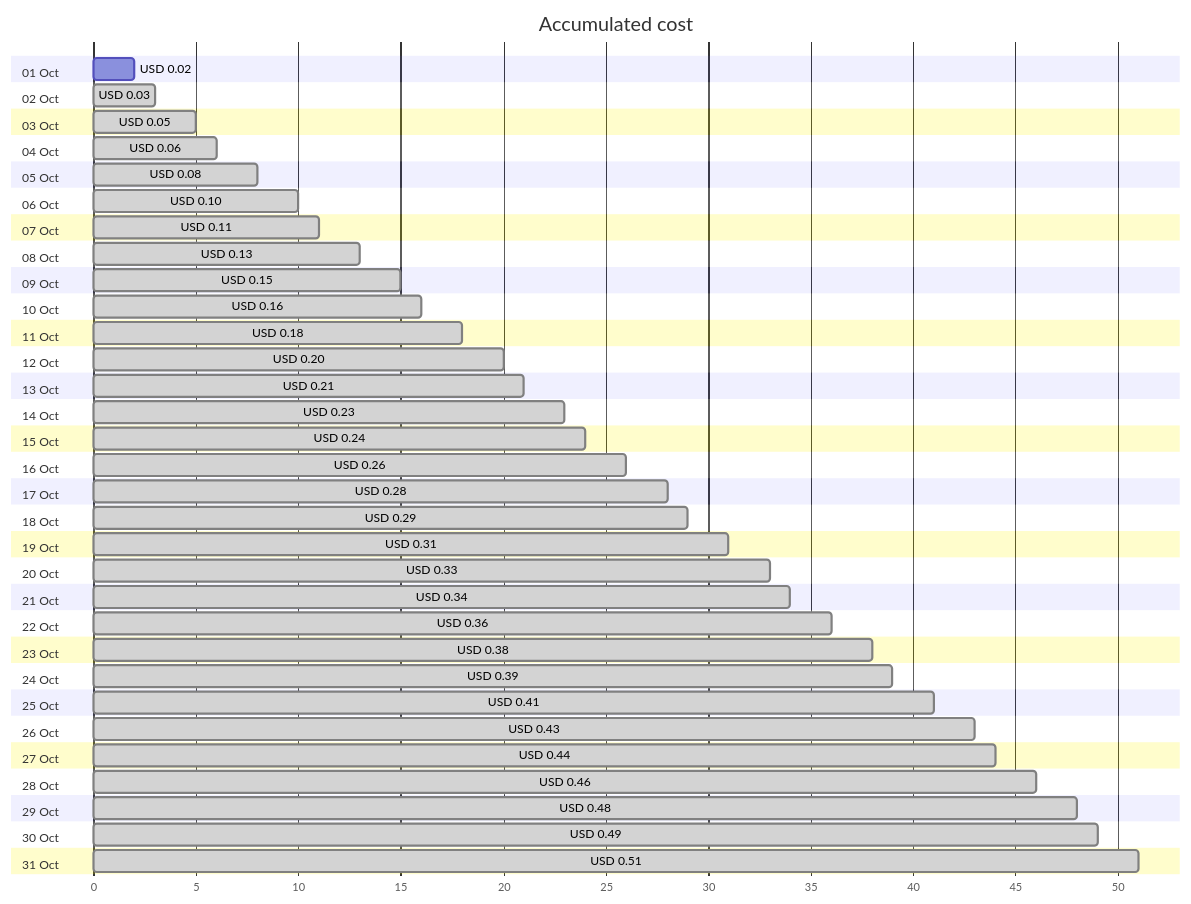
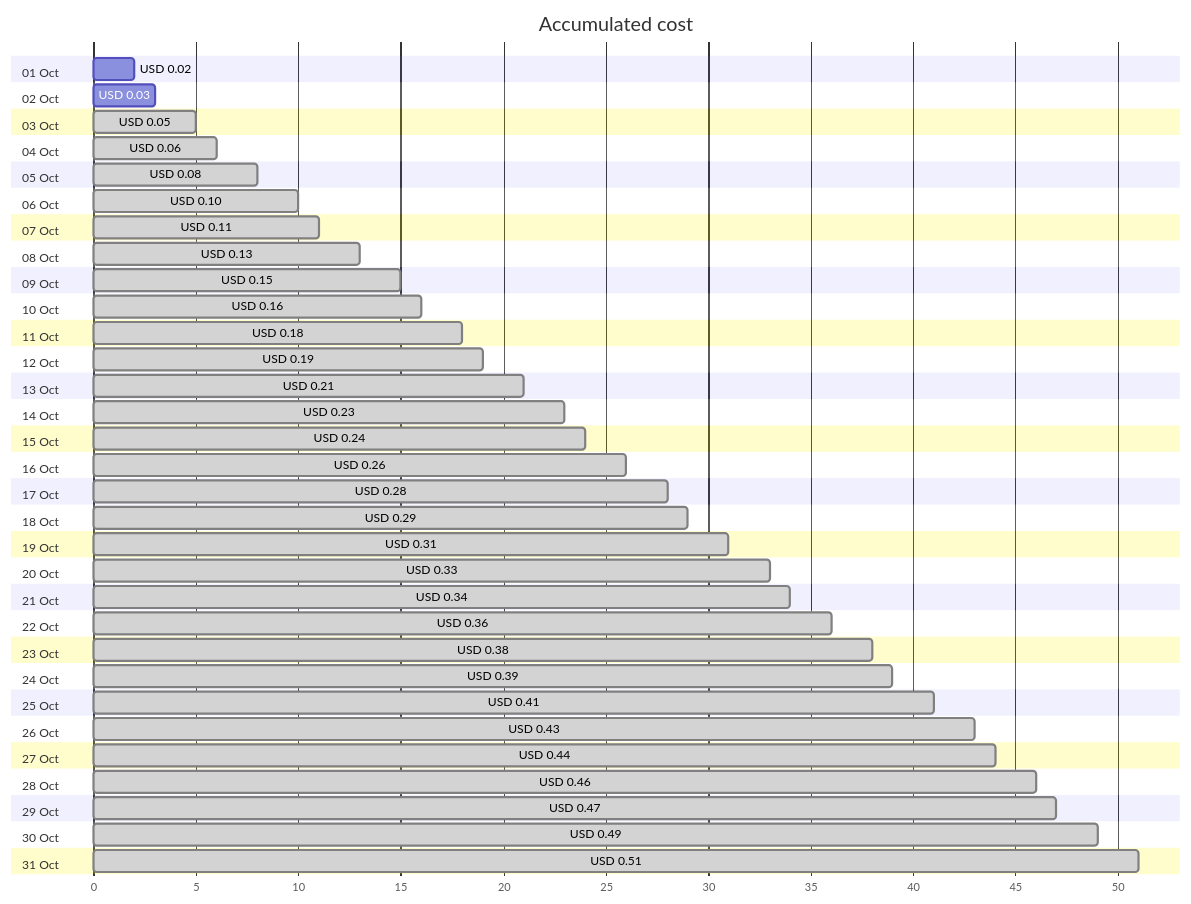
Before and after one commit to jpfulton/azure-personal-reports: the first of 4 diagrams in cost-reports/personal-dns/jpatrickfulton.dev.md, drawn with Mermaid. The commit also changed other lines of this file and 1 other file, not shown here.

````diff
--- a/cost-reports/personal-dns/jpatrickfulton.dev.md
+++ b/cost-reports/personal-dns/jpatrickfulton.dev.md
@@ -20,68 +20,68 @@
 ```mermaid
 gantt
    title Accumulated cost
    dateFormat  X
    axisFormat %s
    section 01 Oct
    USD 0.02 :0, 2
    section 02 Oct
-   USD 0.03 : done, 0, 3
+   USD 0.03 :0, 3
    section 03 Oct
    USD 0.05 : done, 0, 5
    section 04 Oct
    USD 0.06 : done, 0, 6
    section 05 Oct
    USD 0.08 : done, 0, 8
    section 06 Oct
    USD 0.10 : done, 0, 10
    section 07 Oct
    USD 0.11 : done, 0, 11
    section 08 Oct
    USD 0.13 : done, 0, 13
    section 09 Oct
    USD 0.15 : done, 0, 15
    section 10 Oct
    USD 0.16 : done, 0, 16
    section 11 Oct
    USD 0.18 : done, 0, 18
    section 12 Oct
-   USD 0.20 : done, 0, 20
+   USD 0.19 : done, 0, 19
    section 13 Oct
    USD 0.21 : done, 0, 21
    section 14 Oct
    USD 0.23 : done, 0, 23
    section 15 Oct
    USD 0.24 : done, 0, 24
    section 16 Oct
    USD 0.26 : done, 0, 26
    section 17 Oct
    USD 0.28 : done, 0, 28
    section 18 Oct
    USD 0.29 : done, 0, 29
    section 19 Oct
    USD 0.31 : done, 0, 31
    section 20 Oct
    USD 0.33 : done, 0, 33
    section 21 Oct
    USD 0.34 : done, 0, 34
    section 22 Oct
    USD 0.36 : done, 0, 36
    section 23 Oct
    USD 0.38 : done, 0, 38
    section 24 Oct
    USD 0.39 : done, 0, 39
    section 25 Oct
    USD 0.41 : done, 0, 41
    section 26 Oct
    USD 0.43 : done, 0, 43
    section 27 Oct
    USD 0.44 : done, 0, 44
    section 28 Oct
    USD 0.46 : done, 0, 46
    section 29 Oct
-   USD 0.48 : done, 0, 48
+   USD 0.47 : done, 0, 47
    section 30 Oct
    USD 0.49 : done, 0, 49
    section 31 Oct
    USD 0.51 : done, 0, 51
 ```
````
